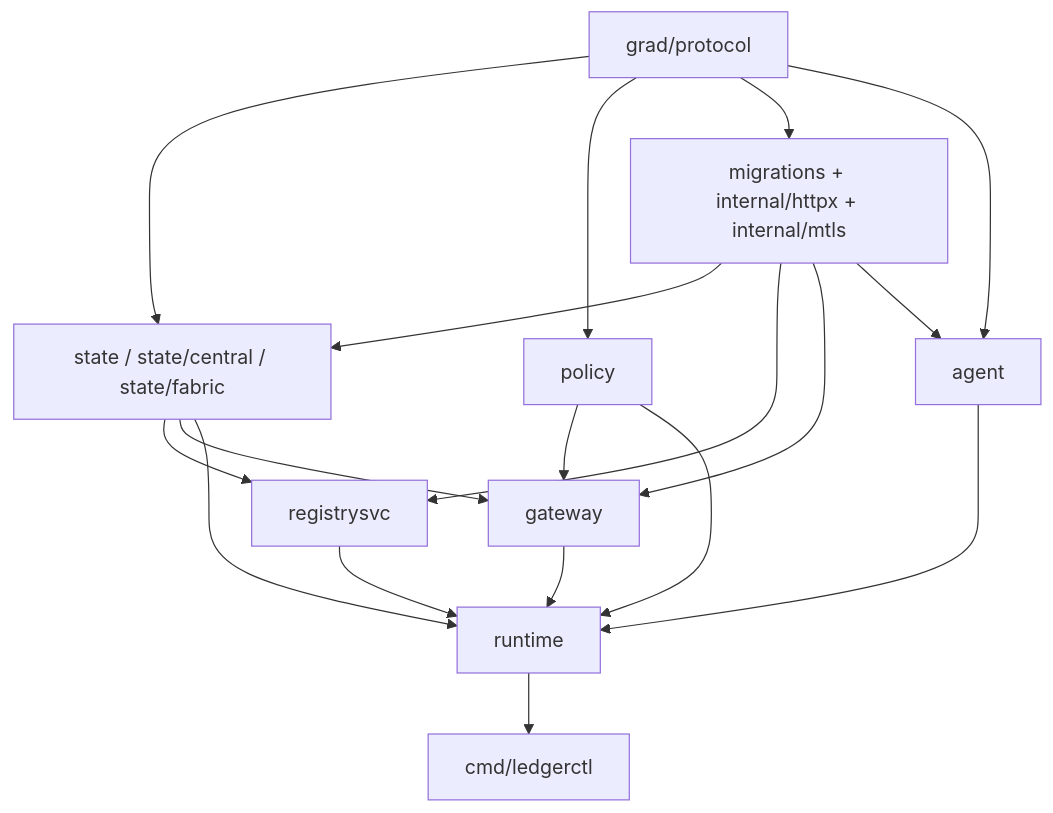
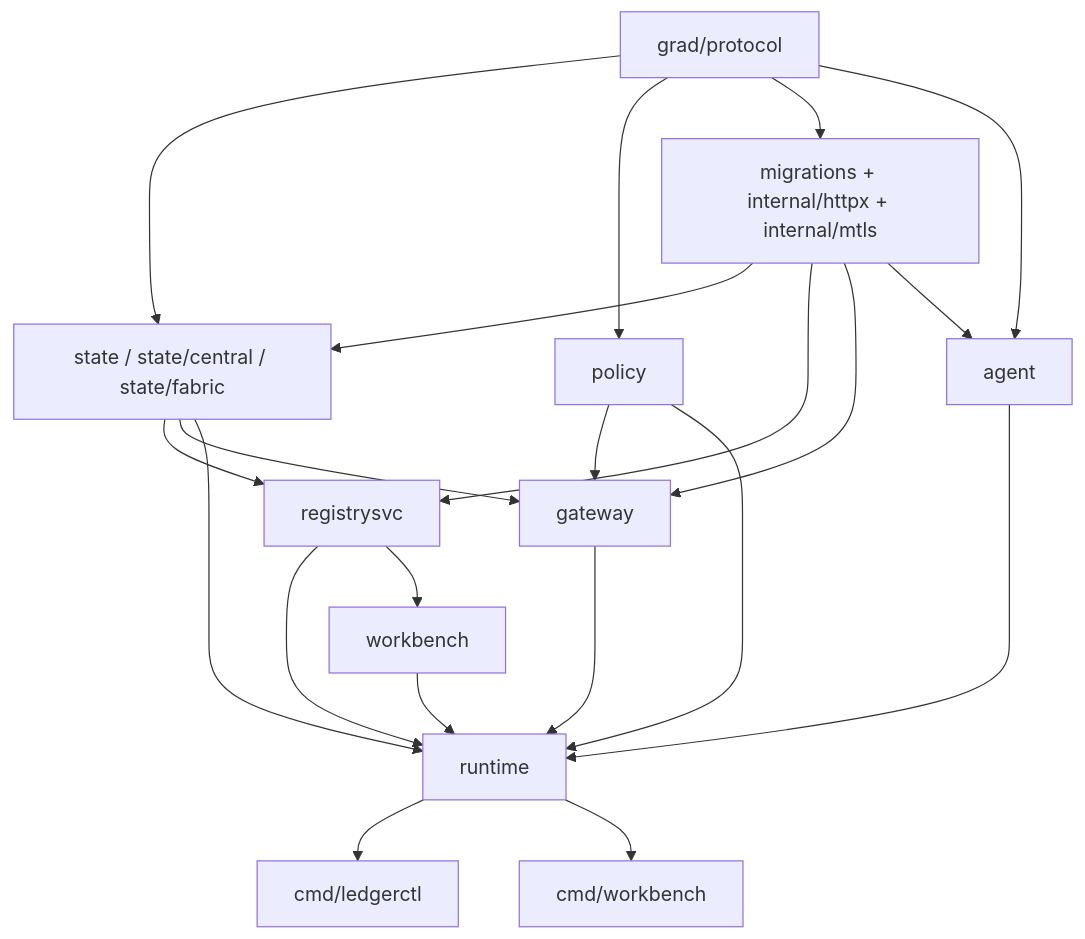
Before and after one commit to yjydist/graduation-design: the diagram in platform/AGENTS.md, drawn with Mermaid. The commit also changed other lines of this file and 96 other files, not shown here.

First line of the commit message:
feat(workbench): added domain web workbench for procurement, management and evidence

````diff
--- a/platform/AGENTS.md
+++ b/platform/AGENTS.md
@@ -26,20 +28,23 @@
 ```mermaid
 flowchart TB
     P["grad/protocol"] --> S["state / state/central / state/fabric"]
     P --> POL["policy"]
     P --> M["migrations + internal/httpx + internal/mtls"]
     M --> S
     S --> R["registrysvc"]
     M --> R
     S --> G["gateway"]
     POL --> G
     M --> G
     M --> A["agent"]
     P --> A
     R --> RT["runtime"]
     G --> RT
     A --> RT
+    R --> WEB["workbench"]
+    WEB --> RT
     POL --> RT
     S --> RT
     RT --> CLI["cmd/ledgerctl"]
+    RT --> CMD["cmd/workbench"]
 ```
````
